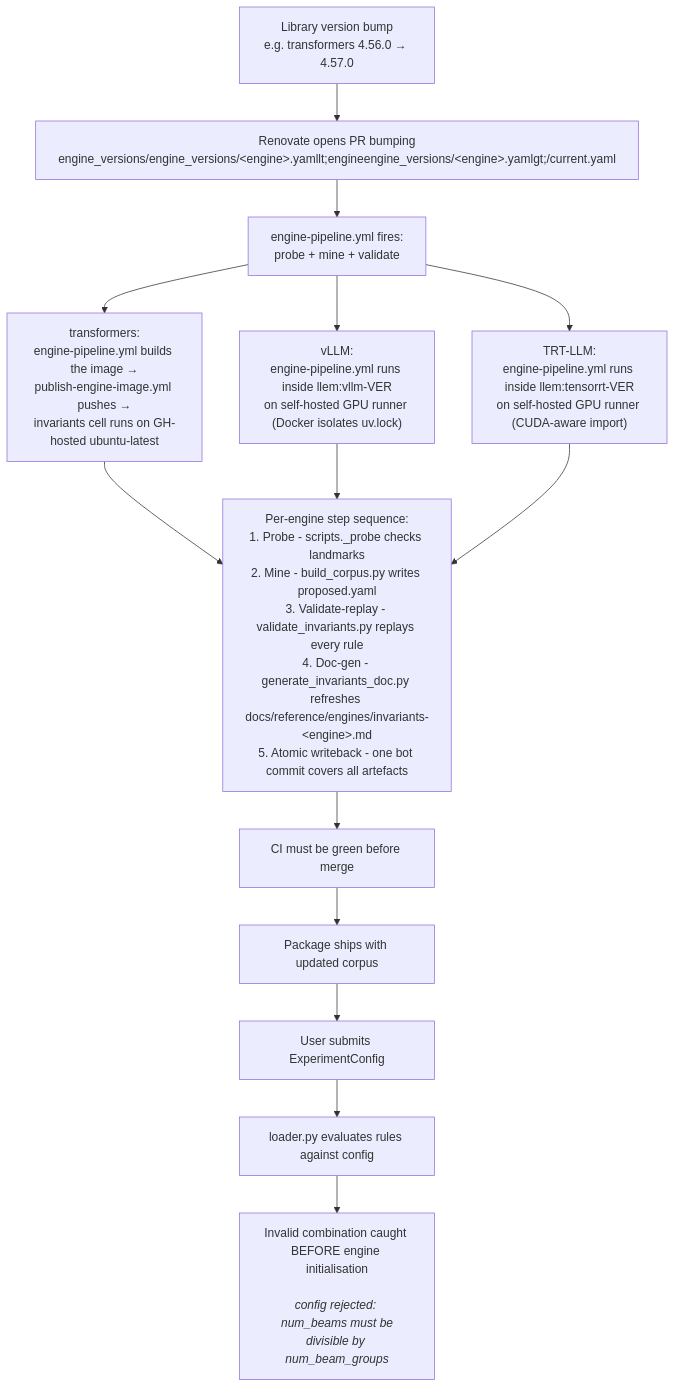
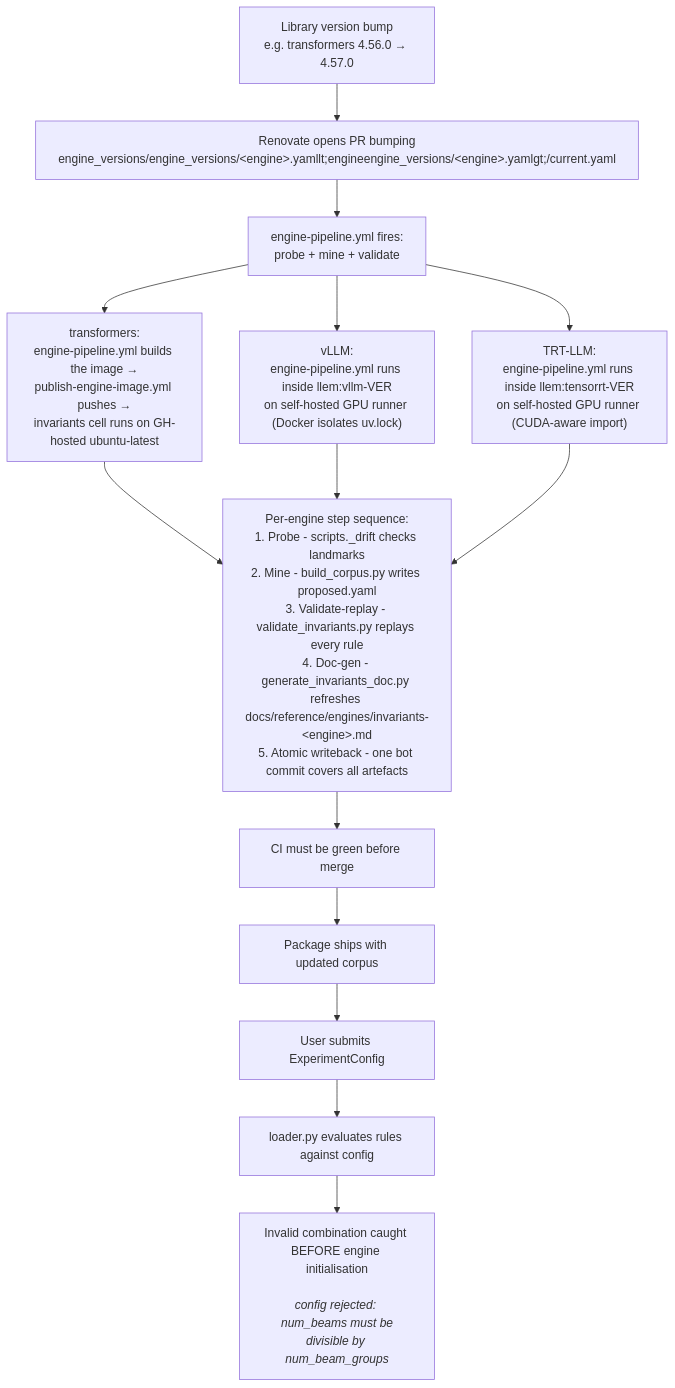
The third of 3 diagrams in docs/explanation/architecture/architecture-overview.md (henrycgbaker/LLenergyMeasure), drawn with Mermaid before and after one commit. The commit also changed 16 other files, not shown here.

````diff
--- a/docs/explanation/architecture/architecture-overview.md
+++ b/docs/explanation/architecture/architecture-overview.md
@@ -105,20 +105,20 @@
 ```mermaid
 flowchart TB
     bump[Library version bump<br/>e.g. transformers 4.56.0 → 4.57.0]
     renovate[Renovate opens PR bumping<br/>engine_versions/engine_versions/&lt;engine&gt;.yamllt;engineengine_versions/&lt;engine&gt;.yamlgt;/current.yaml]
     pipeline[engine-pipeline.yml fires:<br/>probe + mine + validate]
 
     bump --> renovate --> pipeline
 
     pipeline --> tf["transformers:<br/>engine-pipeline.yml builds the image →<br/>publish-engine-image.yml pushes →<br/>invariants cell runs on GH-hosted ubuntu-latest"]
     pipeline --> vllm["vLLM:<br/>engine-pipeline.yml runs inside llem:vllm-VER<br/>on self-hosted GPU runner (Docker isolates uv.lock)"]
     pipeline --> trt["TRT-LLM:<br/>engine-pipeline.yml runs inside llem:tensorrt-VER<br/>on self-hosted GPU runner (CUDA-aware import)"]
 
-    tf & vllm & trt --> steps["Per-engine step sequence:<br/>1. Probe - scripts._probe checks landmarks<br/>2. Mine - build_corpus.py writes proposed.yaml<br/>3. Validate-replay - validate_invariants.py replays every rule<br/>4. Doc-gen - generate_invariants_doc.py refreshes docs/reference/engines/invariants-&lt;engine&gt;.md<br/>5. Atomic writeback - one bot commit covers all artefacts"]
+    tf & vllm & trt --> steps["Per-engine step sequence:<br/>1. Probe - scripts._drift checks landmarks<br/>2. Mine - build_corpus.py writes proposed.yaml<br/>3. Validate-replay - validate_invariants.py replays every rule<br/>4. Doc-gen - generate_invariants_doc.py refreshes docs/reference/engines/invariants-&lt;engine&gt;.md<br/>5. Atomic writeback - one bot commit covers all artefacts"]
 
     steps --> green[CI must be green before merge]
     green --> ship[Package ships with updated corpus]
     ship --> submit[User submits ExperimentConfig]
     submit --> evaluate[loader.py evaluates rules against config]
     evaluate --> caught["Invalid combination caught BEFORE engine initialisation<br/><br/><i>config rejected: num_beams must be<br/>divisible by num_beam_groups</i>"]
 ```
````
